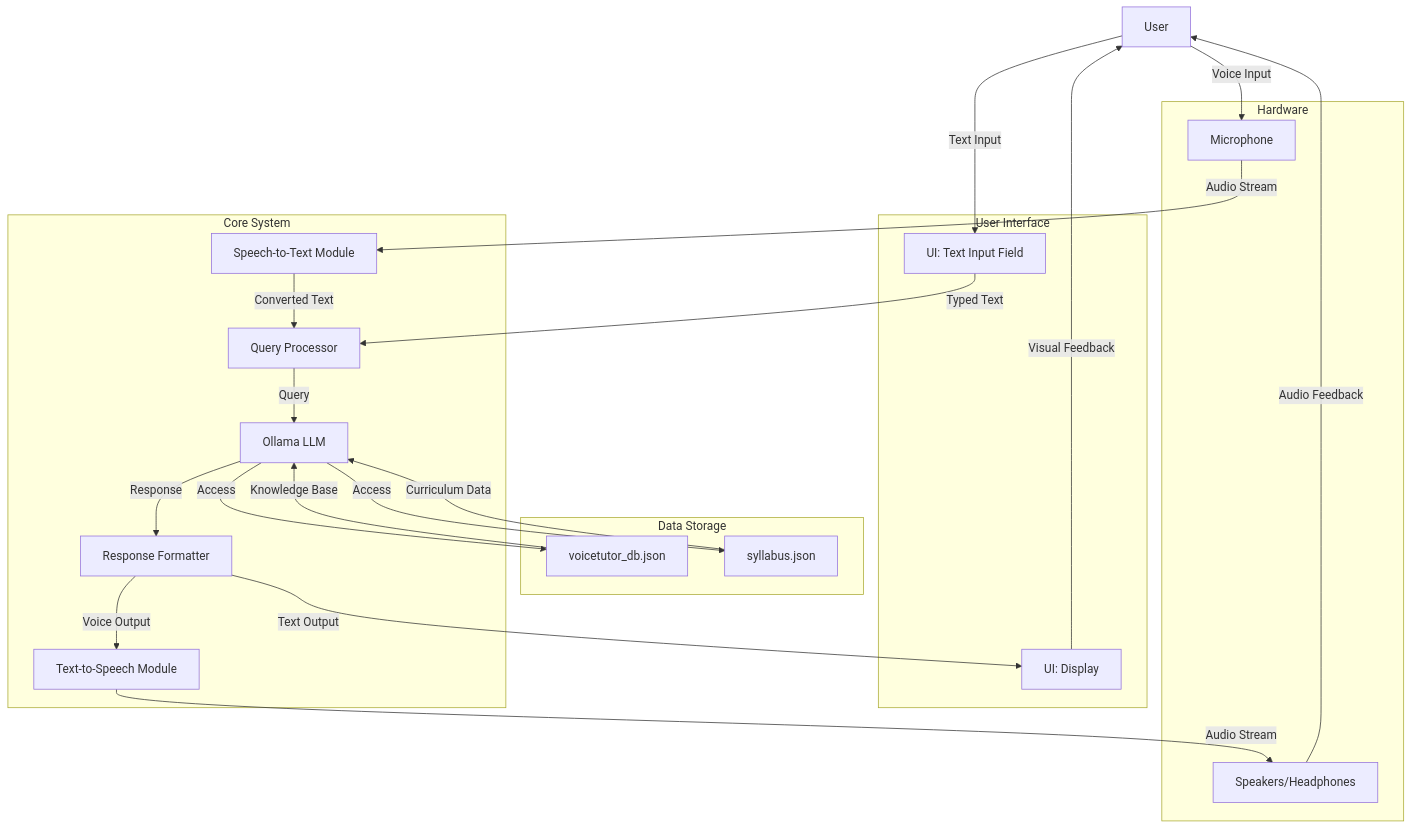
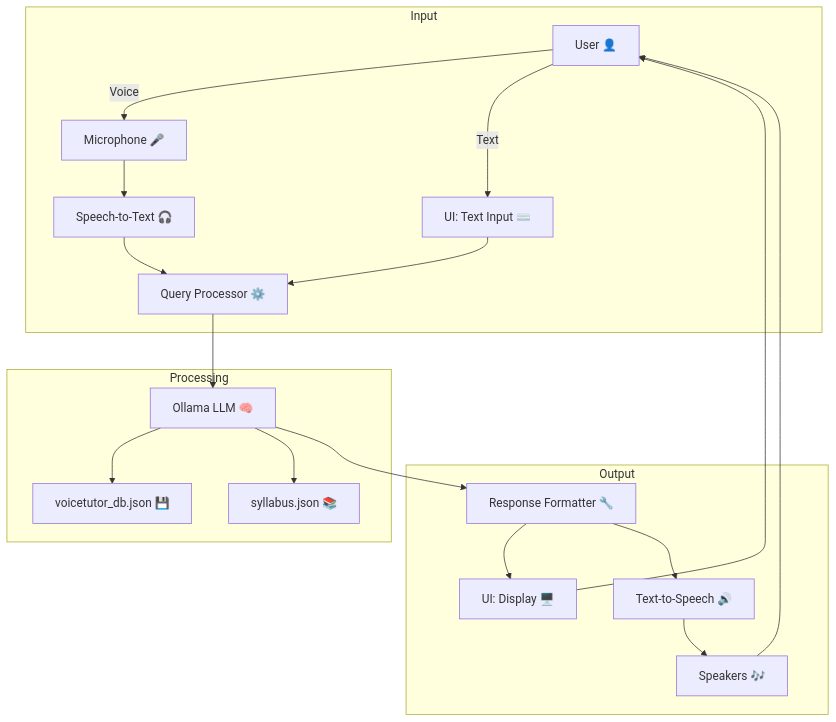
One commit to Logulokesh/voice-tutor changed the diagram in README.md. Above: the diagram before and after it, drawn with Mermaid.

````diff
--- a/README.md
+++ b/README.md
@@ -21,48 +21,29 @@
 ```mermaid
 
 graph TD
-    A[User] -->|Voice Input| B[Microphone]
-    A -->|Text Input| C[UI: Text Input Field]
+    A[User 👤]
     
-    B -->|Audio Stream| D[Speech-to-Text Module]
-    D -->|Converted Text| E[Query Processor]
-    C -->|Typed Text| E
+    subgraph Input
+        A -->|Voice| B[Microphone 🎤]
+        A -->|Text| C[UI: Text Input ⌨️]
+        B --> D[Speech-to-Text 🎧]
+        D --> E[Query Processor ⚙️]
+        C --> E
+    end
     
-    E -->|Query| F[Ollama LLM]
-    F -->|Access| G[voicetutor_db.json]
-    F -->|Access| H[syllabus.json]
+    subgraph Processing
+        E --> F[Ollama LLM 🧠]
+        F --> G[voicetutor_db.json 💾]
+        F --> H[syllabus.json 📚]
+    end
     
-    G -->|Knowledge Base| F
-    H -->|Curriculum Data| F
-    
-    F -->|Response| I[Response Formatter]
-    I -->|Text Output| J[UI: Display]
-    I -->|Voice Output| K[Text-to-Speech Module]
-    
-    K -->|Audio Stream| L[Speakers/Headphones]
-    J -->|Visual Feedback| A
-    L -->|Audio Feedback| A
-
-    subgraph Core System
-        D
-        E
-        F
-        I
-        K
+    subgraph Output
+        F --> I[Response Formatter 🔧]
+        I --> J[UI: Display 🖥️]
+        I --> K[Text-to-Speech 🔊]
+        K --> L[Speakers 🎶]
+        J --> A
+        L --> A
     end
 
-    subgraph Data Storage
-        G
-        H
-    end
-
-    subgraph User Interface
-        C
-        J
-    end
-
-    subgraph Hardware
-        B
-        L
-    end
 ```
````
